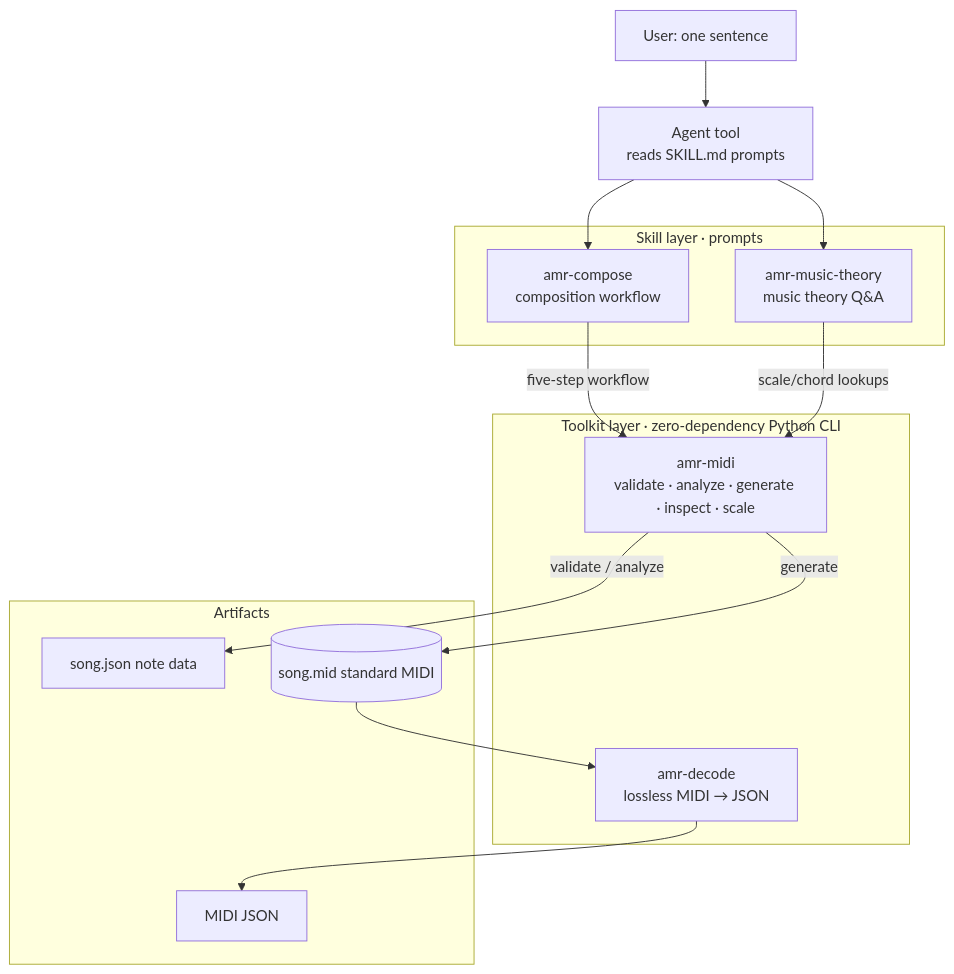
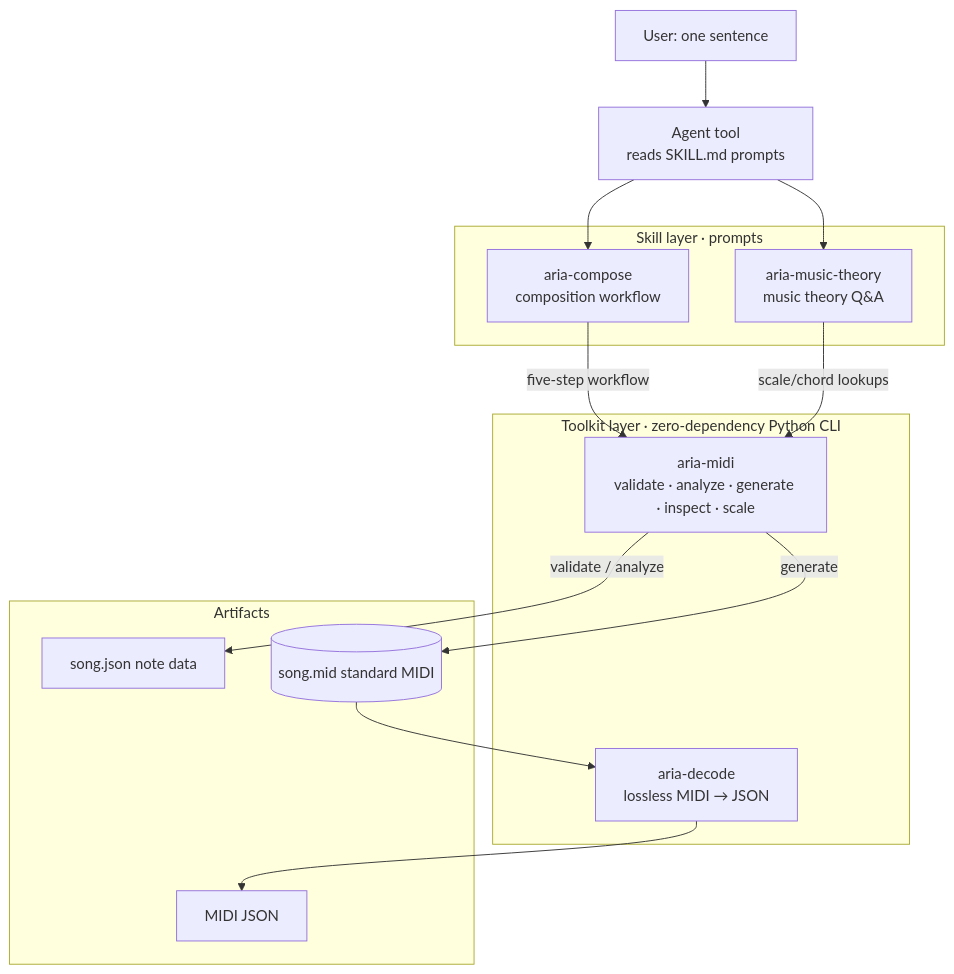
One commit to M7ui/Aria_Skills changed the diagram in README.en.md. Above: the diagram before and after it, drawn with Mermaid. The commit also changed other lines of this file and 27 other files, not shown here.

Commit message:
refactor: 项目更名为 Aria（品牌 AMIDI→Aria，前缀 amr→aria，目录/CLI/文档/首页全量同步）

````diff
--- a/README.en.md
+++ b/README.en.md
@@ -50,29 +50,29 @@
 ```mermaid
 flowchart TB
     User[User: one sentence] --> Agent[Agent tool<br/>reads SKILL.md prompts]
 
     subgraph Skills[Skill layer · prompts]
-        Compose[amr-compose<br/>composition workflow]
-        Theory[amr-music-theory<br/>music theory Q&A]
+        Compose[aria-compose<br/>composition workflow]
+        Theory[aria-music-theory<br/>music theory Q&A]
     end
 
     subgraph Toolkit[Toolkit layer · zero-dependency Python CLI]
-        Midi[amr-midi<br/>validate · analyze · generate · inspect · scale]
-        Decode[amr-decode<br/>lossless MIDI → JSON]
+        Midi[aria-midi<br/>validate · analyze · generate · inspect · scale]
+        Decode[aria-decode<br/>lossless MIDI → JSON]
     end
 
     subgraph Output[Artifacts]
         Song[song.json note data]
         MidiFile[(song.mid standard MIDI)]
         MidiJson[MIDI JSON]
     end
 
     Agent --> Compose
     Agent --> Theory
     Compose -->|five-step workflow| Midi
     Theory -->|scale/chord lookups| Midi
     Midi -->|validate / analyze| Song
     Midi -->|generate| MidiFile
     MidiFile --> Decode
     Decode --> MidiJson
 ```
````
